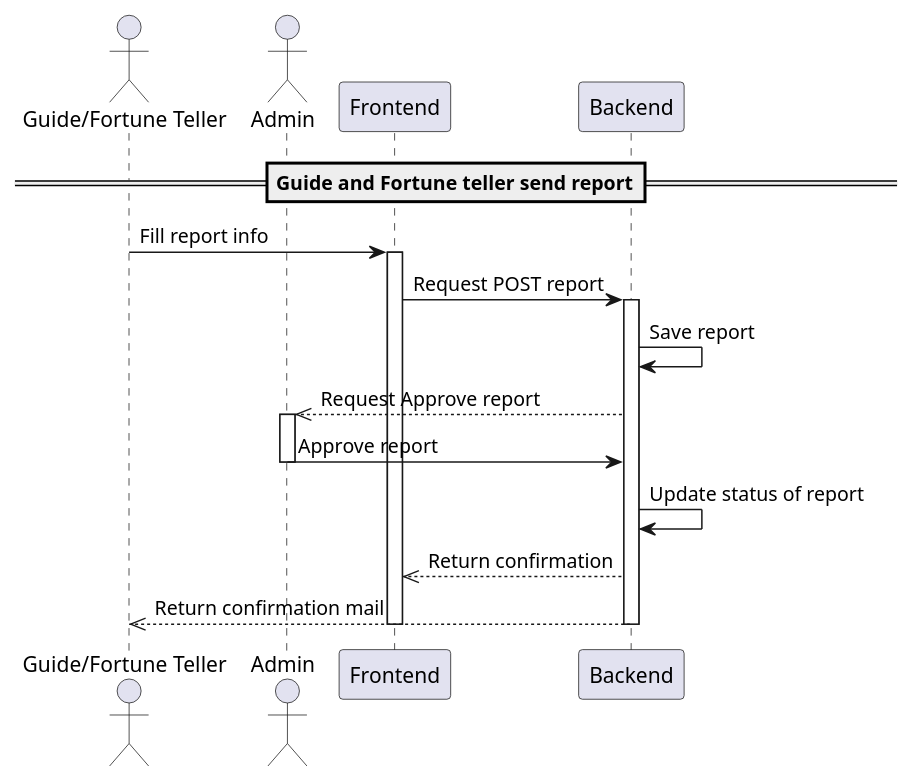
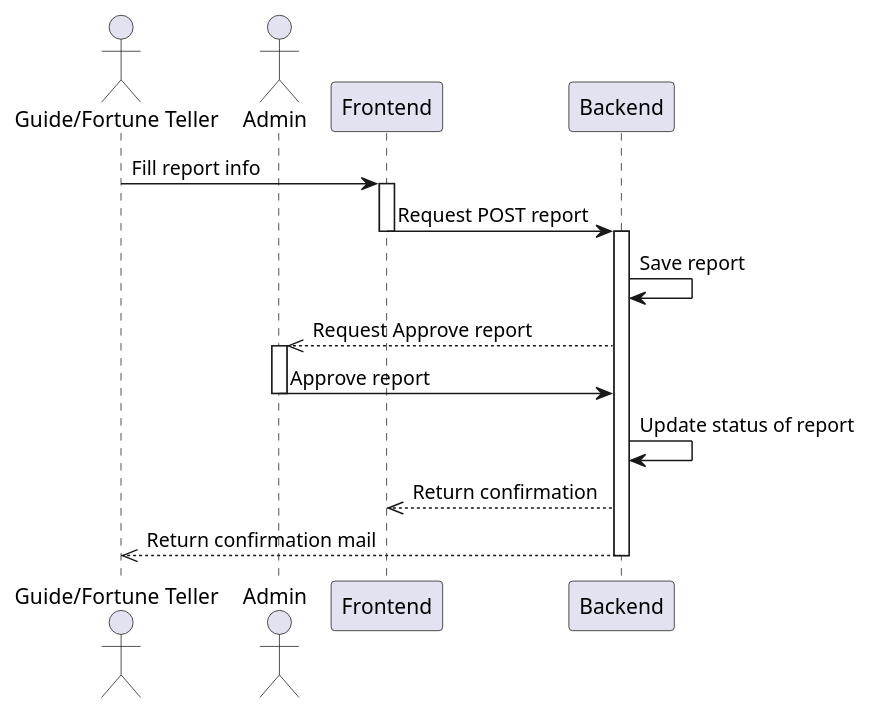
The sixth of 7 diagrams in Sequence-diagram.plantuml (Nxwbtk/SA-Diagram), drawn with PlantUML before and after one commit. The commit also changed other lines of this file and 10 other files, not shown here.

Commit message:
Update sequence

```diff
--- a/Sequence-diagram.plantuml
+++ b/Sequence-diagram.plantuml
@@ -154,21 +186,21 @@
 @startuml
-==Guide and Fortune teller send report==
 actor "Guide/Fortune Teller" as GF
 actor Admin
 participant "Frontend" as FE
 participant "Backend" as BE
 GF -> FE: Fill report info
 activate FE
 FE -> BE: Request POST report
+deactivate FE
 activate BE
 BE -> BE: Save report
 BE -->> Admin: Request Approve report
 activate Admin
 Admin -> BE: Approve report
 deactivate Admin
 BE -> BE: Update status of report
 BE -->> FE: Return confirmation
 BE -->> GF: Return confirmation mail
 deactivate FE
 deactivate BE
 @enduml
```
